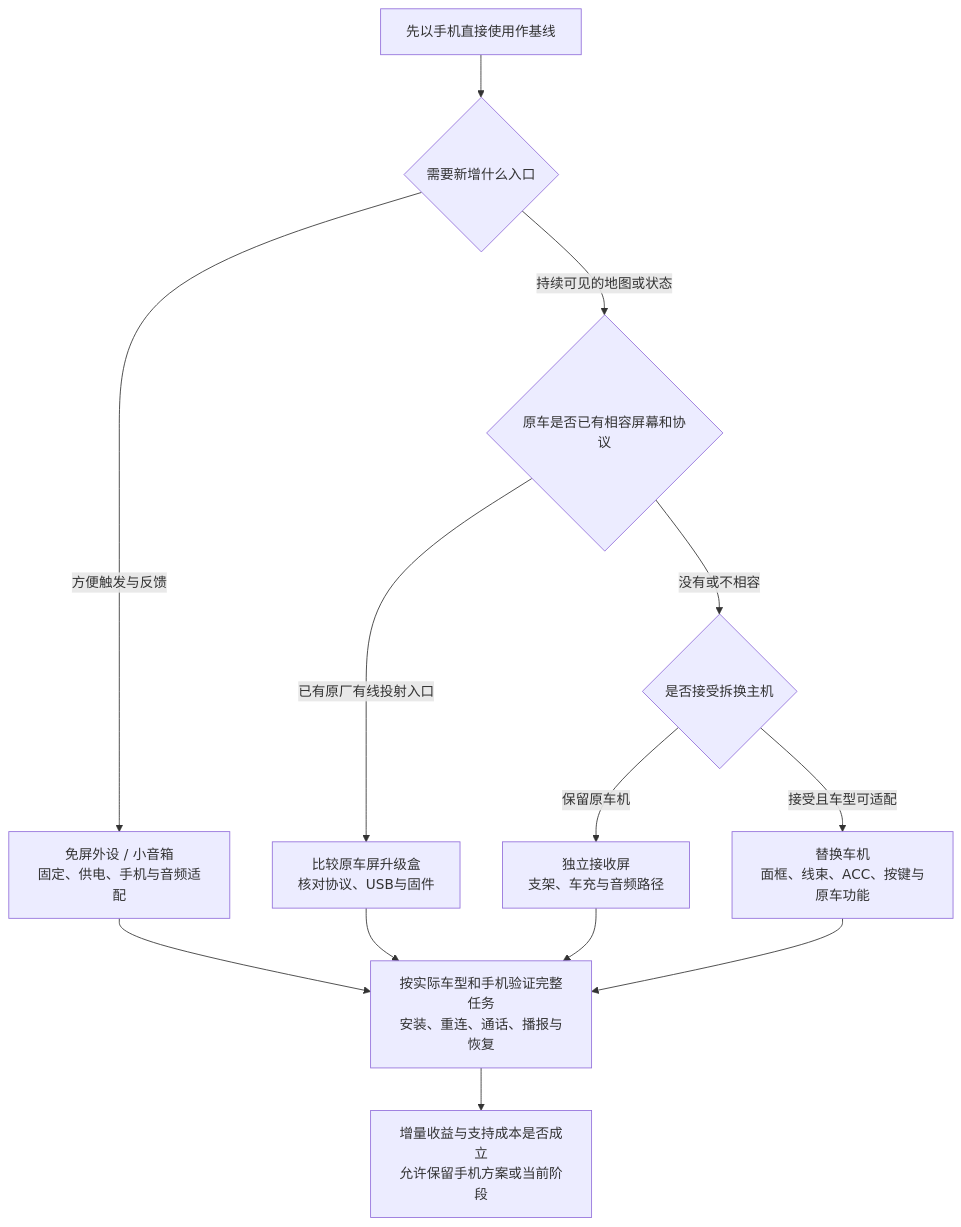
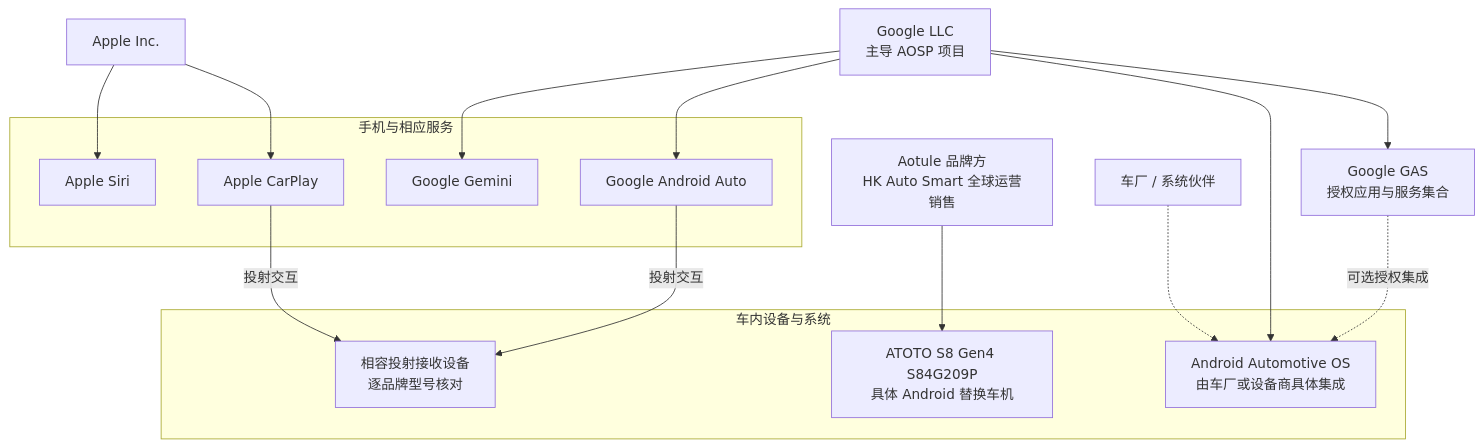
The diagram in dist/diagrams/fig-04.mmd (DreamSoul-AI/in-vehicle-ai-research), drawn with Mermaid before and after one commit. The commit also changed 45 other files, not shown here.

Commit message:
Deepen CarPlay integration routes and Android Auto comparison

```diff
--- a/dist/diagrams/fig-04.mmd
+++ b/dist/diagrams/fig-04.mmd
@@ -1,18 +1,34 @@
-%% title: 硬件载体与安装选型
-%% 图3 按车辆条件选择载体。分析示意，是评估分支，不是采购推荐或保证兼容。
-%% 来源 https://carpuride.com/products/carpuride-w903-portable-smart-multimedia-dashboard-console-with-front-camera
-%% 来源 https://www.atotodirect.com/en-gb/pages/manual-460-en
-%% 来源 https://www.carlinkit.com/uhd6225
+%% title: 平台、具体产品与公司关系
+%% 分析示意；实线表示提供、实现或投射，虚线表示授权或具体系统集成条件。
+%% 来源 https://developer.apple.com/carplay/
+%% 来源 https://source.android.com/docs/setup/about
+%% 来源 https://source.android.com/docs/automotive/start/what_automotive
+%% 来源 https://www.atotodirect.com/en-gb/pages/about-atoto
 flowchart TB
-  START["先以手机直接使用作基线"] --> NEED{"需要新增什么入口"}
-  NEED -->|"方便触发与反馈"| VOICE["免屏外设 / 小音箱<br/>固定、供电、手机与音频适配"]
-  NEED -->|"持续可见的地图或状态"| SCREEN{"原车是否已有相容屏幕和协议"}
-  SCREEN -->|"已有原厂有线投射入口"| BOX["比较原车屏升级盒<br/>核对协议、USB与固件"]
-  SCREEN -->|"没有或不相容"| INSTALL{"是否接受拆换主机"}
-  INSTALL -->|"保留原车机"| PORTABLE["独立接收屏<br/>支架、车充与音频路径"]
-  INSTALL -->|"接受且车型可适配"| HEADUNIT["替换车机<br/>面框、线束、ACC、按键与原车功能"]
-  VOICE --> VALIDATE["按实际车型和手机验证完整任务<br/>安装、重连、通话、播报与恢复"]
-  BOX --> VALIDATE
-  PORTABLE --> VALIDATE
-  HEADUNIT --> VALIDATE
-  VALIDATE --> DECIDE["增量收益与支持成本是否成立<br/>允许保留手机方案或当前阶段"]
+  APPLE["Apple Inc."]
+  GOOGLE["Google LLC<br/>主导 AOSP 项目"]
+  AOTULE["Aotule 品牌方<br/>HK Auto Smart 全球运营销售"]
+  subgraph PHONE["手机与相应服务"]
+    SIRI["Apple Siri"]
+    GEMINI["Google Gemini"]
+    CP["Apple CarPlay"]
+    AA["Google Android Auto"]
+  end
+  subgraph CAR["车内设备与系统"]
+    SCREEN["相容投射接收设备<br/>逐品牌型号核对"]
+    AAOS["Android Automotive OS<br/>由车厂或设备商具体集成"]
+    ATOTO["ATOTO S8 Gen4 S84G209P<br/>具体 Android 替换车机"]
+  end
+  GAS["Google GAS<br/>授权应用与服务集合"]
+  OEM["车厂 / 系统伙伴"]
+  APPLE --> SIRI
+  APPLE --> CP
+  GOOGLE --> GEMINI
+  GOOGLE --> AA
+  GOOGLE --> AAOS
+  GOOGLE --> GAS
+  GAS -.->|"可选授权集成"| AAOS
+  OEM -.-> AAOS
+  CP -->|"投射交互"| SCREEN
+  AA -->|"投射交互"| SCREEN
+  AOTULE --> ATOTO
```
